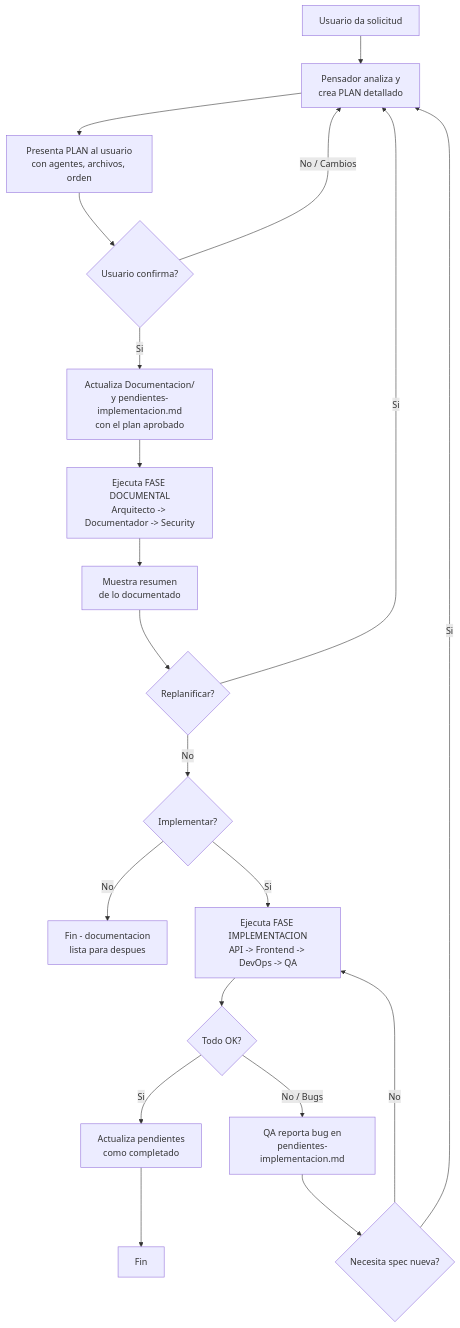
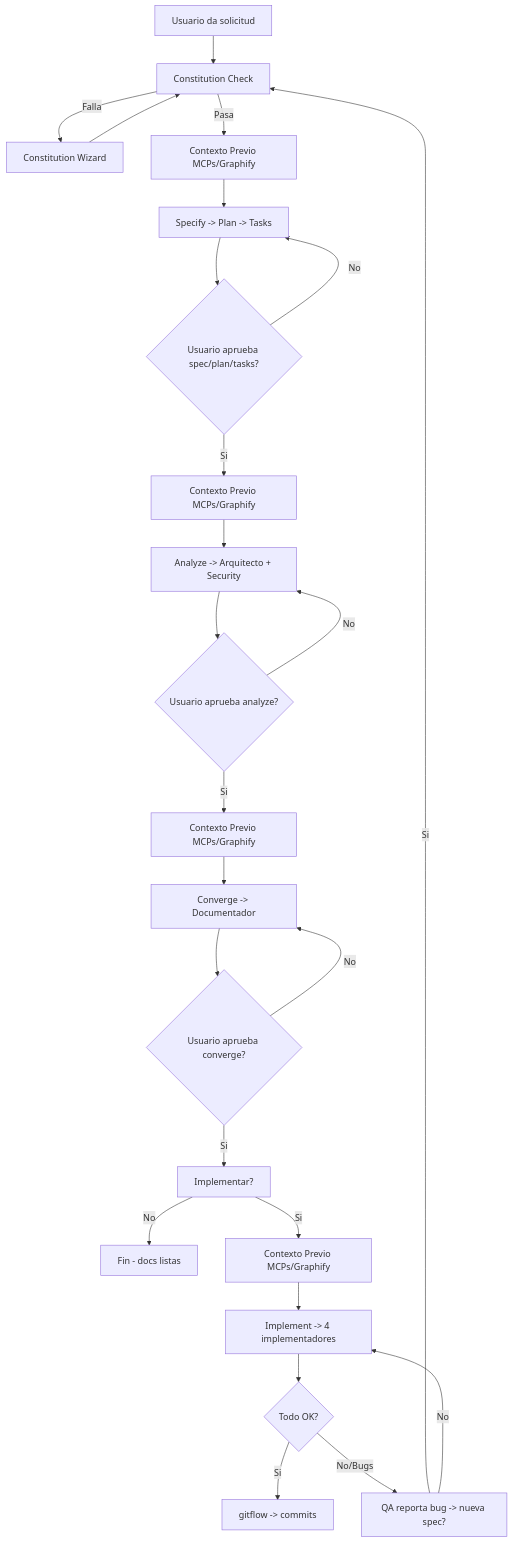
Before and after one commit to BUSCADO-LA-VIDA/Agents_IA_TECH: the diagram in .opencode/agents/pensador.md, drawn with Mermaid. The commit also changed other lines of this file and 39 other files, not shown here.

First line of the commit message:
feat(bootstrap+docs): RF-16/17/18/19, SSD+Speckit, graphify y LSP pyright

````diff
--- a/.opencode/agents/pensador.md
+++ b/.opencode/agents/pensador.md
@@ -73,22 +226,27 @@
 ```mermaid
 flowchart TD
-    A[Usuario da solicitud] --> B[Pensador analiza y\ncrea PLAN detallado]
-    B --> C[Presenta PLAN al usuario\ncon agentes, archivos, orden]
-    C --> D{Usuario confirma?}
-    D -->|No / Cambios| B
-    D -->|Si| E[Actualiza Documentacion/\ny pendientes-implementacion.md\ncon el plan aprobado]
-    E --> F[Ejecuta FASE DOCUMENTAL\nArquitecto -> Documentador -> Security]
-    F --> G[Muestra resumen\nde lo documentado]
-    G --> H{Replanificar?}
-    H -->|Si| B
-    H -->|No| I{Implementar?}
-    I -->|No| J[Fin - documentacion\nlista para despues]
-    I -->|Si| K[Ejecuta FASE IMPLEMENTACION\nAPI -> Frontend -> DevOps -> QA]
-    K --> L{Todo OK?}
-    L -->|Si| M[Actualiza pendientes\ncomo completado]
-    L -->|No / Bugs| N[QA reporta bug en\npendientes-implementacion.md]
-    N --> O{Necesita spec nueva?}
-    O -->|Si| B
-    O -->|No| K
-    M --> P[Fin]
+    A[Usuario da solicitud] --> B[Constitution Check]
+    B -->|Falla| C[Constitution Wizard]
+    C --> B
+    B -->|Pasa| D[Contexto Previo MCPs/Graphify]
+    D --> E[Specify -> Plan -> Tasks]
+    E --> F{Usuario aprueba spec/plan/tasks?}
+    F -->|No| E
+    F -->|Si| G[Contexto Previo MCPs/Graphify]
+    G --> H[Analyze -> Arquitecto + Security]
+    H --> I{Usuario aprueba analyze?}
+    I -->|No| H
+    I -->|Si| J[Contexto Previo MCPs/Graphify]
+    J --> K[Converge -> Documentador]
+    K --> L{Usuario aprueba converge?}
+    L -->|No| K
+    L -->|Si| M[Implementar?]
+    M -->|No| N[Fin - docs listas]
+    M -->|Si| O[Contexto Previo MCPs/Graphify]
+    O --> P[Implement -> 4 implementadores]
+    P --> Q{Todo OK?}
+    Q -->|Si| R[gitflow -> commits]
+    Q -->|No/Bugs| S[QA reporta bug -> nueva spec?]
+    S -->|Si| B
+    S -->|No| P
 ```
````
